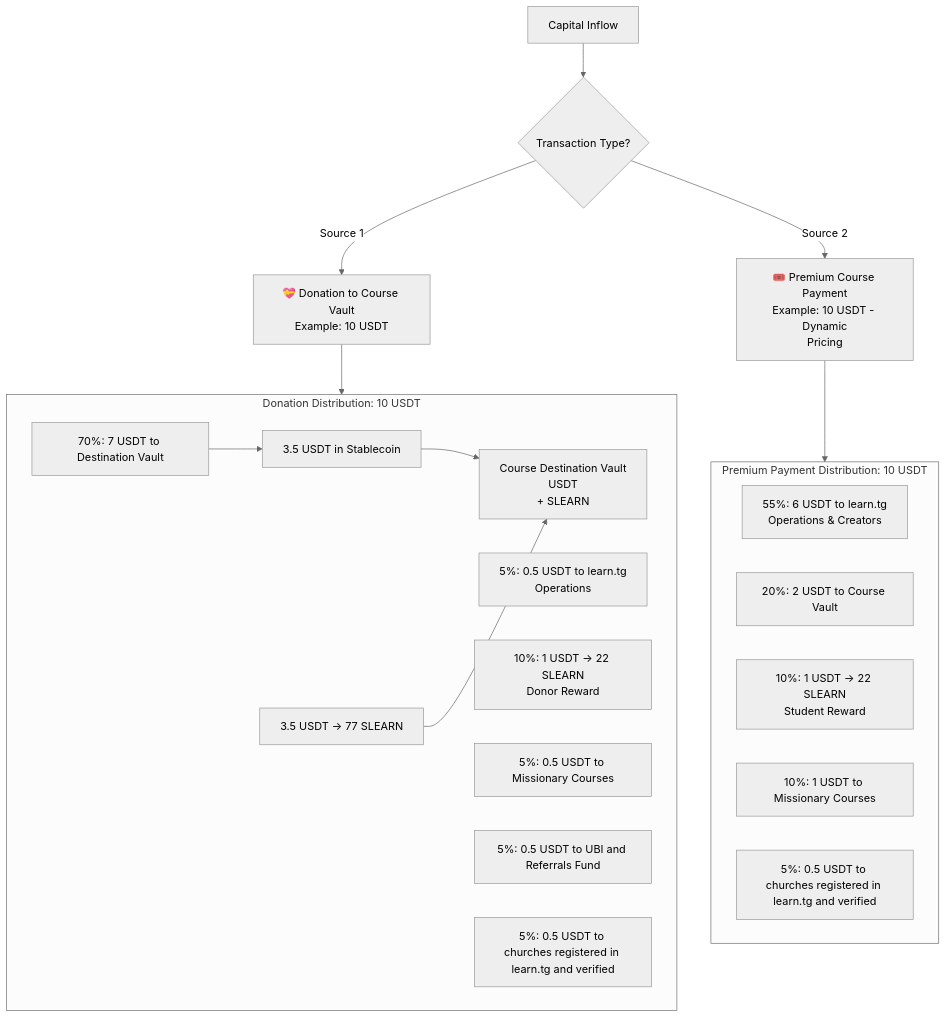
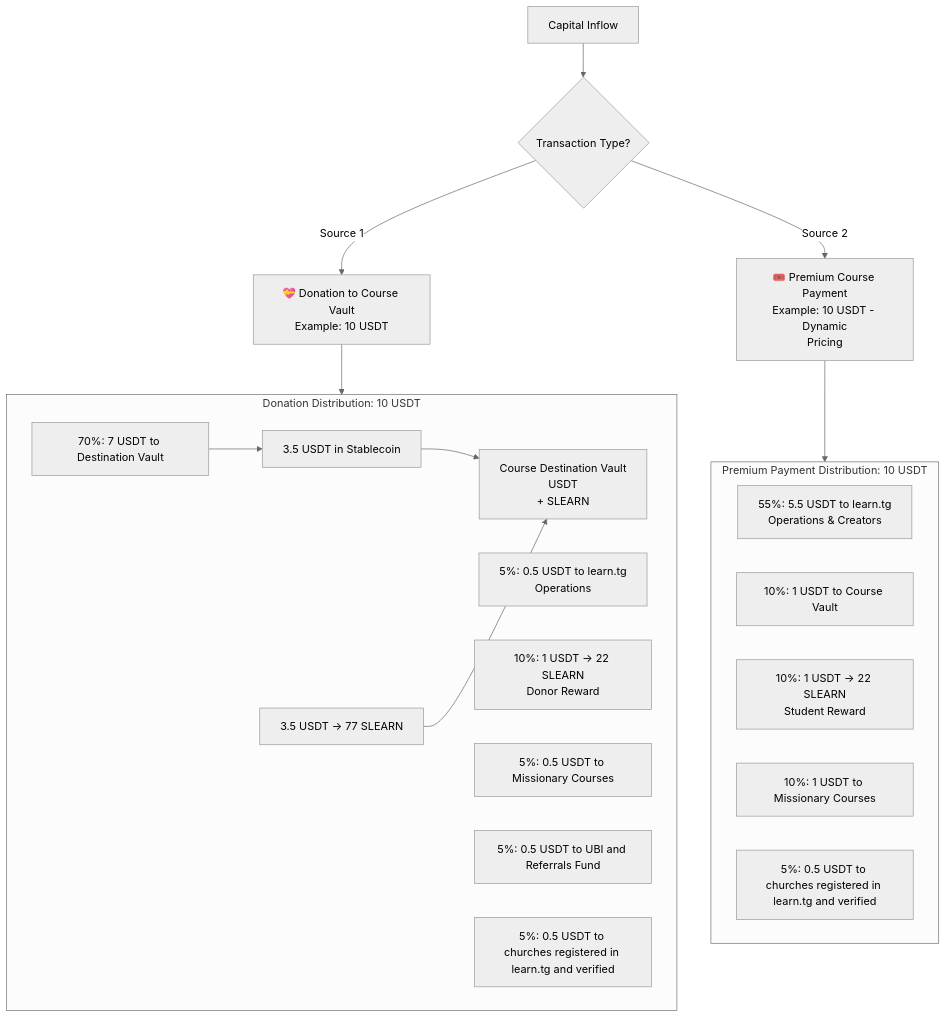
Before and after one commit to pasosdeJesus/learn.tg: the first of 3 diagrams in SLEARN-WHITEPAPER.md, drawn with Mermaid (neutral theme).

Commit message:
Update premium payment distribution amounts

````diff
--- a/SLEARN-WHITEPAPER.md
+++ b/SLEARN-WHITEPAPER.md
@@ -69,34 +69,34 @@
 ```mermaid
 flowchart TB
     A[Capital Inflow] --> B{Transaction Type?}
     
     B -->|Source 1| C[💝 Donation to Course Vault<br>Example: 10 USDT]
     B -->|Source 2| D[🎟️ Premium Course Payment<br>Example: 10 USDT - Dynamic
 Pricing]
     
     C --> C1[Donation Distribution]
     D --> D1[Payment Distribution]
     
     subgraph C1 [Donation Distribution: 10 USDT]
         direction LR
         C1_1[70%: 7 USDT to Destination Vault] --> C1_1a
         C1_2[5%: 0.5 USDT to learn.tg<br>Operations]
         C1_3[10%: 1 USDT → 22 SLEARN<br>Donor Reward]
         C1_4[5%: 0.5 USDT to Missionary Courses]
         C1_5[5%: 0.5 USDT to UBI and Referrals Fund]
         C1_6[5%: 0.5 USDT to churches registered in learn.tg and verified]
         
         C1_1a[3.5 USDT in Stablecoin] --> C1_1b[Course Destination Vault<br>USDT
 + SLEARN]
         C1_1a2[3.5 USDT → 77 SLEARN] --> C1_1b
     end
     
     subgraph D1 [Premium Payment Distribution: 10 USDT]
         direction LR
-        D1_1[55%: 6 USDT to learn.tg<br>Operations & Creators]
-        D1_2[20%: 2 USDT to Course Vault]
+        D1_1[55%: 5.5 USDT to learn.tg<br>Operations & Creators]
+        D1_2[10%: 1 USDT to Course Vault]
         D1_3[10%: 1 USDT → 22 SLEARN<br>Student Reward]
         D1_4[10%: 1 USDT to Missionary Courses]
         D1_5[5%: 0.5 USDT to churches registered in learn.tg and verified]
     end
 ```
````
